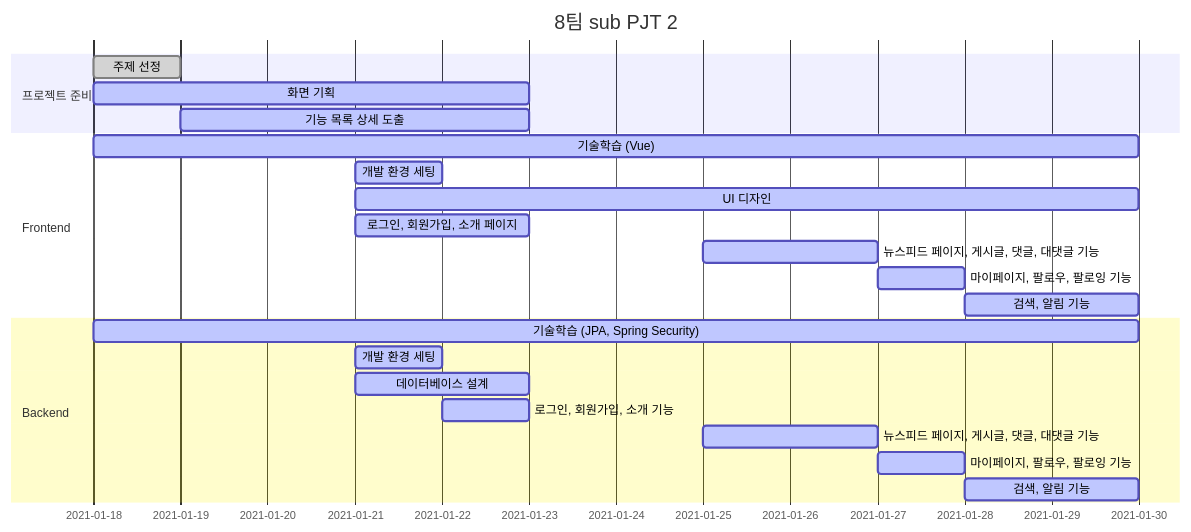
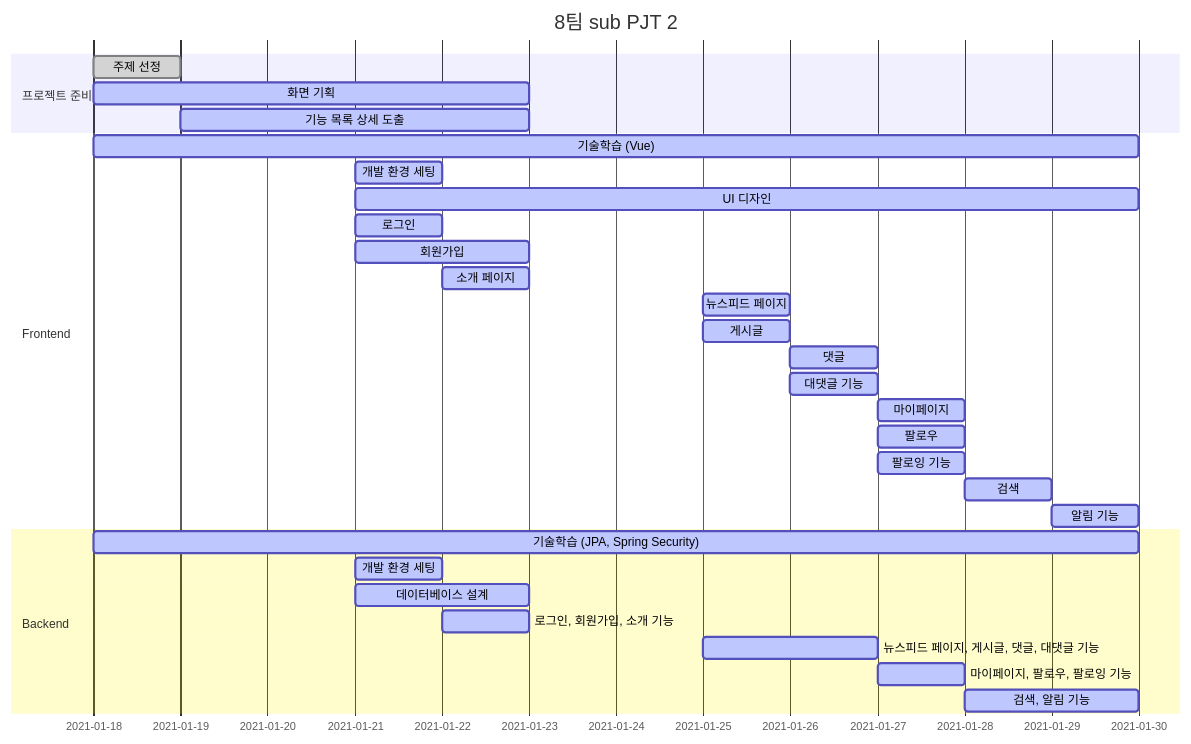
Before and after one commit to mingddo/3PM: the diagram in README.md, drawn with Mermaid.

````diff
--- a/README.md
+++ b/README.md
@@ -15,31 +15,38 @@
 ```mermaid
 gantt
     dateFormat  YYYY-MM-DD
     title       8팀 sub PJT 2
     %% excludes    weekends
     %% (`excludes` accepts specific dates in YYYY-MM-DD format, days of the week ("sunday") or "weekends", but not the word "weekdays".)
 
     section 프로젝트 준비
     주제 선정                  :done,    2021-01-18, 1d
     화면 기획                  :active,    2021-01-18, 5d
     기능 목록 상세 도출          :active,  2021-01-19, 4d
     
     section Frontend
     기술학습 (Vue)  :active, 2021-01-18, 12d
     개발 환경 세팅 : active, 2021-01-21, 1d
     UI 디자인   :active, 2021-01-21, 9d
-    로그인, 회원가입, 소개 페이지   :active, 2021-01-21, 2d
-    뉴스피드 페이지, 게시글, 댓글, 대댓글 기능    :active, 2021-01-25, 2d
-    마이페이지, 팔로우, 팔로잉 기능 :active, 2021-01-27, 1d
-    검색, 알림 기능 :active, 2021-01-28, 2d
+    로그인  :active, 2021-01-21, 1d
+    회원가입    :active, 2021-01-21, 2d
+    소개 페이지   :active, 2021-01-22, 1d
+    뉴스피드 페이지 :active, 2021-01-25, 1d
+    게시글  :active, 2021-01-25, 1d
+    댓글 :active, 2021-01-26, 1d
+    대댓글 기능    :active, 2021-01-26, 1d
+    마이페이지  :active, 2021-01-27, 1d
+    팔로우  :active, 2021-01-27, 1d
+    팔로잉 기능 :active, 2021-01-27, 1d
+    검색    :active, 2021-01-28, 1d
+    알림 기능 :active, 2021-01-29, 1d
 
     section Backend
     기술학습 (JPA, Spring Security)  :active, 2021-01-18, 12d
     개발 환경 세팅 : active, 2021-01-21, 1d
     데이터베이스 설계   : active, 2021-01-21, 2d
     로그인, 회원가입, 소개 기능   :active, 2021-01-22, 1d
     뉴스피드 페이지, 게시글, 댓글, 대댓글 기능    :active, 2021-01-25, 2d
     마이페이지, 팔로우, 팔로잉 기능 :active, 2021-01-27, 1d
     검색, 알림 기능 :active, 2021-01-28, 2d
-
 ```
````
